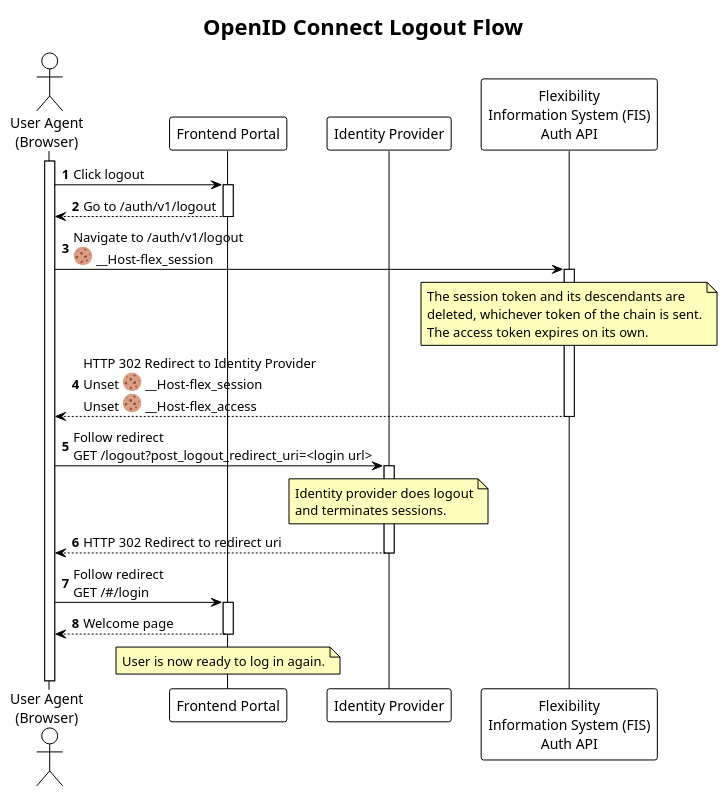
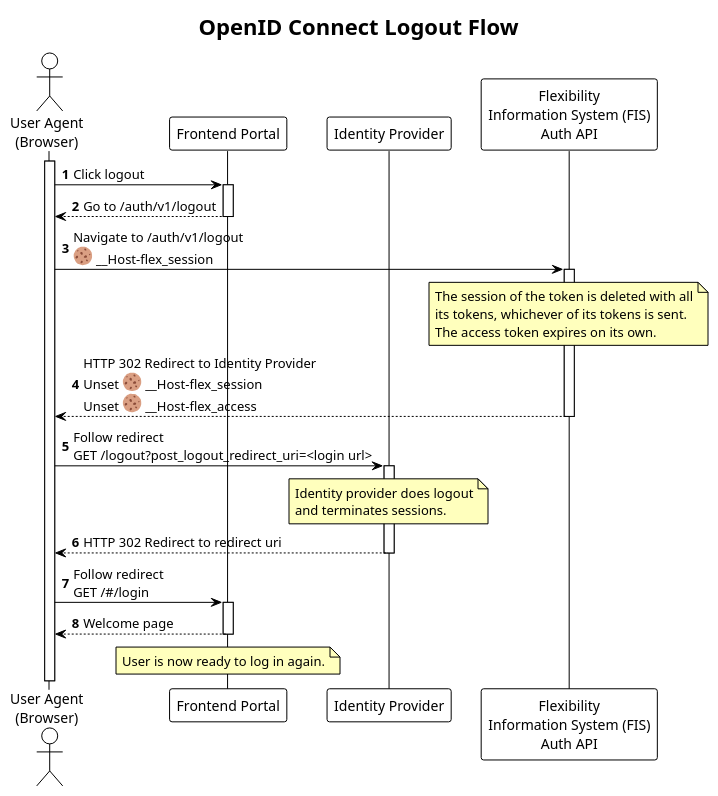
One commit to elhub/flex-information-system changed the diagram in docs-dev/diagrams/oidc_logout_sequence.plantuml. Above: the diagram before and after it, drawn with PlantUML. The commit also changed 4 other files, not shown here.

```diff
--- a/docs-dev/diagrams/oidc_logout_sequence.plantuml
+++ b/docs-dev/diagrams/oidc_logout_sequence.plantuml
@@ -1,44 +1,44 @@
 @startuml oidc_logout_sequence
 
 !theme plain
 
 title OpenID Connect Logout Flow
 
 autonumber
 autoactivate on
 
 skinparam note {
     BackgroundColor #FFFFBD
 }
 
 actor "User Agent\n(Browser)" as UA
 activate UA
 participant "Frontend Portal" as PORTAL
 participant "Identity Provider" as IDP
 participant "Flexibility\nInformation System (FIS)\nAuth API" as AUTH
 
 UA -> PORTAL: Click logout
 return Go to /auth/v1/logout
 UA -> AUTH: Navigate to /auth/v1/logout\n<:cookie:> __Host-flex_session
 note over AUTH
-    The session token and its descendants are
-    deleted, whichever token of the chain is sent.
+    The session of the token is deleted with all
+    its tokens, whichever of its tokens is sent.
     The access token expires on its own.
 end note
 return HTTP 302 Redirect to Identity Provider\nUnset <:cookie:> __Host-flex_session\nUnset <:cookie:> __Host-flex_access
 
 UA -> IDP: Follow redirect\nGET /logout?post_logout_redirect_uri=<login url>
 note over IDP
     Identity provider does logout
     and terminates sessions.
 end note
 return HTTP 302 Redirect to redirect uri
 
 UA -> PORTAL: Follow redirect\nGET /#/login
 return Welcome page
 
 note over PORTAL
     User is now ready to log in again.
 end note
 
 @enduml
```
